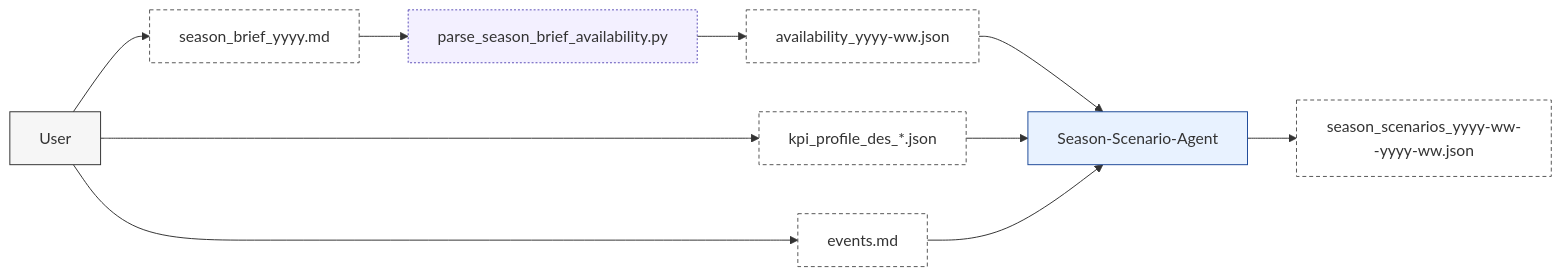
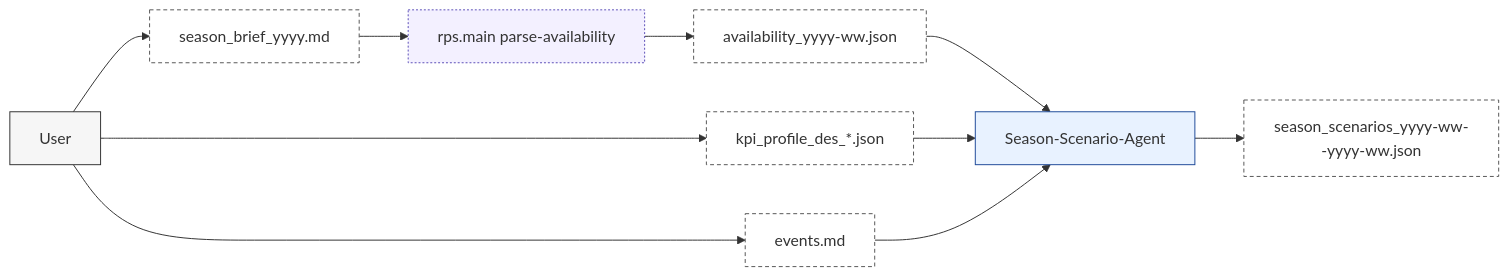
One commit to albauer-priv/RPS changed the second of 8 diagrams in doc/artefact_flow_overview_and_detail.md. Above: the diagram before and after it, drawn with Mermaid. The commit also changed other lines of this file and 6 other files, not shown here.

Commit message:
refactor season brief availability parser into rps

````diff
--- a/doc/artefact_flow_overview_and_detail.md
+++ b/doc/artefact_flow_overview_and_detail.md
@@ -131,11 +131,11 @@
 ```mermaid
 flowchart LR
-  U[User]:::actor --> SB[season_brief_yyyy.md]:::artefact --> AVP[parse_season_brief_availability.py]:::script --> AV[availability_yyyy-ww.json]:::artefact --> SS[Season-Scenario-Agent]:::agent
+  U[User]:::actor --> SB[season_brief_yyyy.md]:::artefact --> AVP[rps.main parse-availability]:::script --> AV[availability_yyyy-ww.json]:::artefact --> SS[Season-Scenario-Agent]:::agent
   U --> KP[kpi_profile_des_*.json]:::artefact --> SS
   U --> EV[events.md]:::artefact --> SS
   SS --> SC[season_scenarios_yyyy-ww--yyyy-ww.json]:::artefact
   classDef actor fill:#f6f6f6,stroke:#333,stroke-width:1px;
   classDef agent fill:#e8f2ff,stroke:#1f4b99,stroke-width:1px;
   classDef artefact fill:#ffffff,stroke:#555,stroke-dasharray: 4 3,stroke-width:1px;
   classDef script fill:#f3f0ff,stroke:#5b4db8,stroke-width:1px,stroke-dasharray: 2 2;
 ```
````
